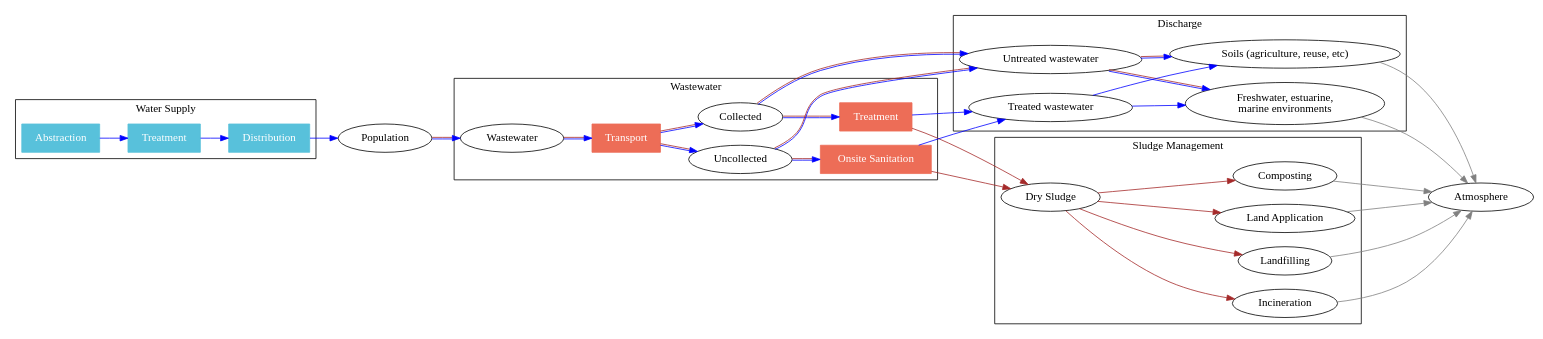
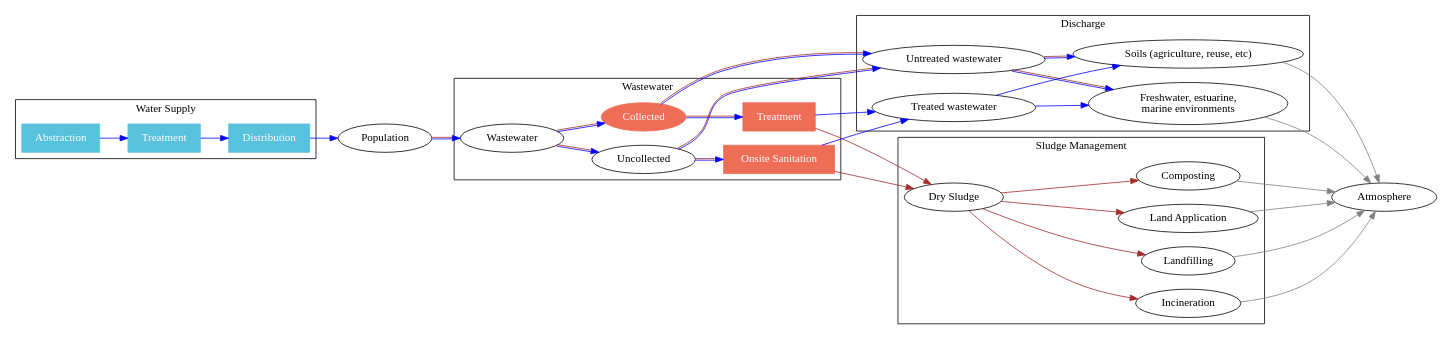
The diagram in v3/frontend/diagram/map.dot (icra/ecam), drawn with Graphviz before and after one commit. The commit also changed 28 other files, not shown here.

```diff
--- a/v3/frontend/diagram/map.dot
+++ b/v3/frontend/diagram/map.dot
@@ -1,57 +1,56 @@
 digraph MyGraph {
   rankdir="LR";
 
   wsa [label="Abstraction", style="filled",color="#58c1db",fontcolor="white",shape="box"]
   wst [label="Treatment",   style="filled",color="#58c1db",fontcolor="white",shape="box"]
   wsd [label="Distribution",style="filled",color="#58c1db",fontcolor="white",shape="box"]
   pop [label="Population"]
   ww  [label="Wastewater"]
 
-  tra [label="Transport",         style="filled",color="#ed6d57",fontcolor="white",shape="box"]
-  col [label="Collected"]
+  col [label="Collected", style="filled",color="#ed6d57",fontcolor="white"]
   unc [label="Uncollected"]
 
   wwt [label="Treatment",         style="filled",color="#ed6d57",fontcolor="white",shape="box"]
   ons [label="Onsite Sanitation", style="filled",color="#ed6d57",fontcolor="white",shape="box"]
 
 
   unt [label="Untreated wastewater"]
   dis [label="Treated wastewater"]
 
   riv [label="Freshwater, estuarine,\nmarine environments"]
   soi [label="Soils (agriculture, reuse, etc)"]
   slu [label="Dry Sludge"]
   inc [label="Incineration"]
   laf [label="Landfilling"]
   lap [label="Land Application"]
   com [label="Composting"]
 
   subgraph cluster_ws {
     label="Water Supply"
     wsa -> wst -> wsd [color="blue"]
   }
 
   wsd -> pop [color="blue"]
   pop -> ww  [color="blue:brown"]
 
   subgraph cluster_ww{
     label="Wastewater"
-    ww  -> tra -> {col unc} [color="blue:brown"]
+    ww  -> {col unc} [color="blue:brown"]
     unc -> ons              [color="blue:brown"]
     col -> wwt              [color="blue:brown"]
   }
 
   subgraph cluster_dis {
     label="Discharge"
     {unc col} -> unt [color="blue:brown"]
     unt -> {riv soi} [color="blue:brown"]
     {ons wwt} -> dis -> {riv soi} [color="blue"]
   }
 
   subgraph cluster_sm{
     label="Sludge Management"
     {ons wwt} -> slu -> {inc laf lap com} [color="brown"]
   }
 
   {riv soi inc laf lap com} -> Atmosphere [color="grey"]
 }
```
